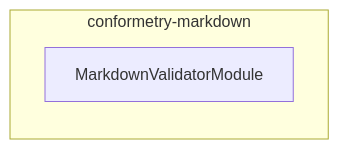
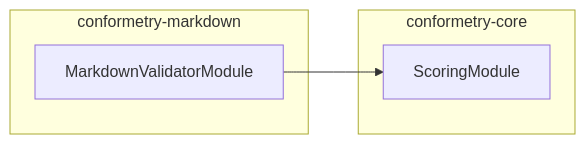
The diagram in packages/conformetry-markdown/AGENTS.md (JimmyPaolini/codebase), drawn with Mermaid before and after one commit. The commit also changed other lines of this file and 141 other files, not shown here.

````diff
--- a/packages/conformetry-markdown/AGENTS.md
+++ b/packages/conformetry-markdown/AGENTS.md
@@ -57,6 +57,10 @@
 ```mermaid
 flowchart LR
   subgraph group0["conformetry-markdown"]
     MarkdownValidatorModule
   end
+  subgraph group1["conformetry-core"]
+    ScoringModule
+  end
+  MarkdownValidatorModule --> ScoringModule
 ```
````
